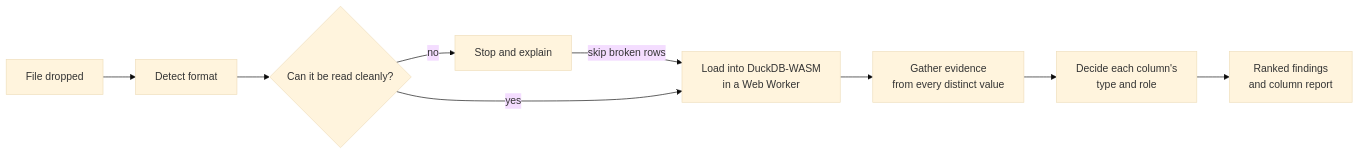
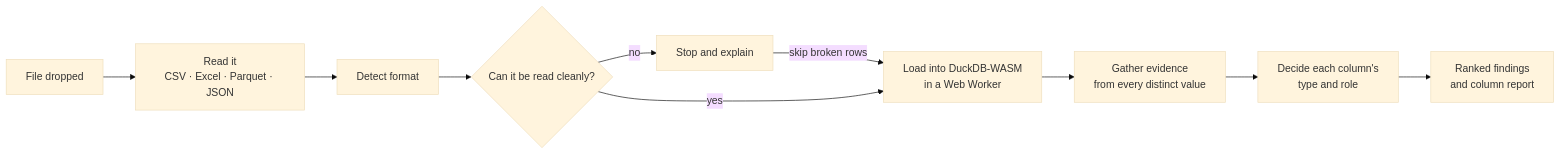
The diagram in README.md (NanaYawJr/dataset-detective), drawn with Mermaid (base theme) before and after one commit. The commit also changed other lines of this file and 39 other files, not shown here.

Commit message:
Add Excel, Parquet and JSON support (0.4.0)

````diff
--- a/README.md
+++ b/README.md
@@ -66,11 +69,12 @@
 ```mermaid
 flowchart LR
-  A[File dropped] --> B[Detect format]
+  A[File dropped] --> A2[Read it<br/>CSV · Excel · Parquet · JSON]
+  A2 --> B[Detect format]
   B --> C{Can it be read cleanly?}
   C -- no --> D[Stop and explain]
   D -- skip broken rows --> E
   C -- yes --> E[Load into DuckDB-WASM<br/>in a Web Worker]
   E --> F[Gather evidence<br/>from every distinct value]
   F --> G[Decide each column's<br/>type and role]
   G --> H[Ranked findings<br/>and column report]
 ```
````
